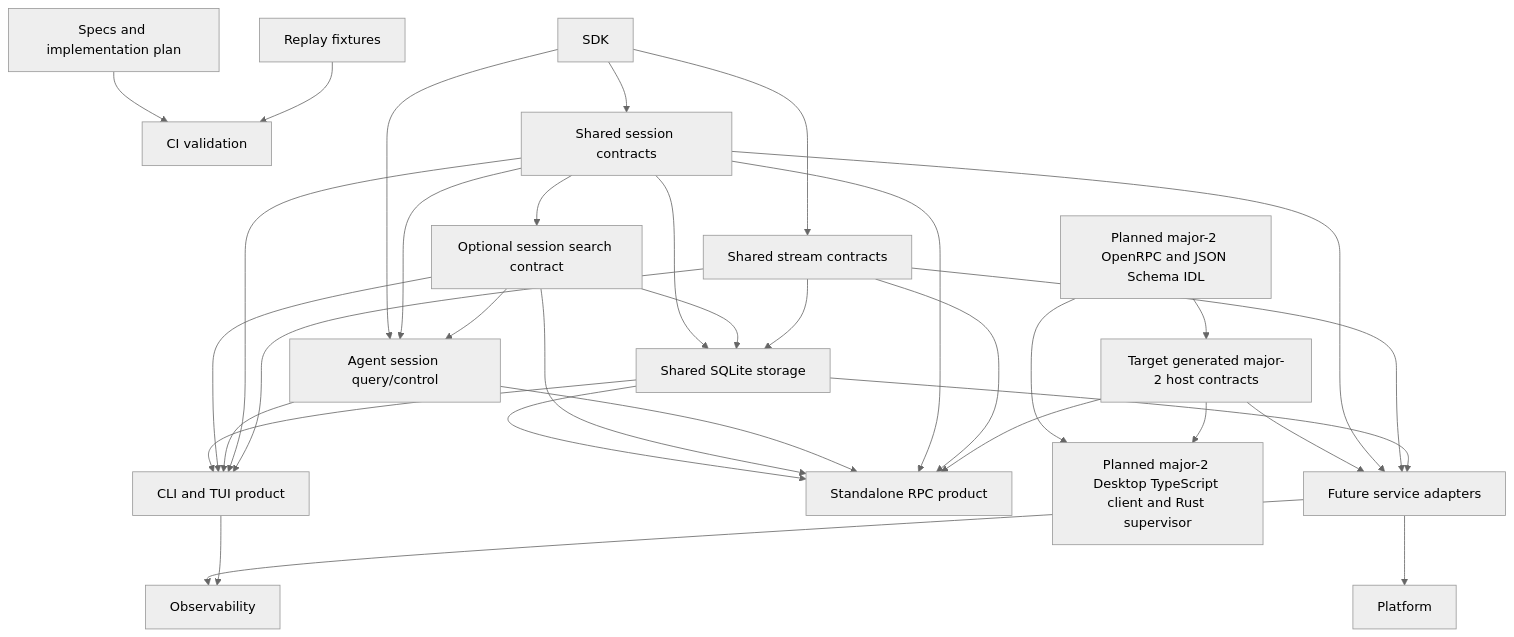
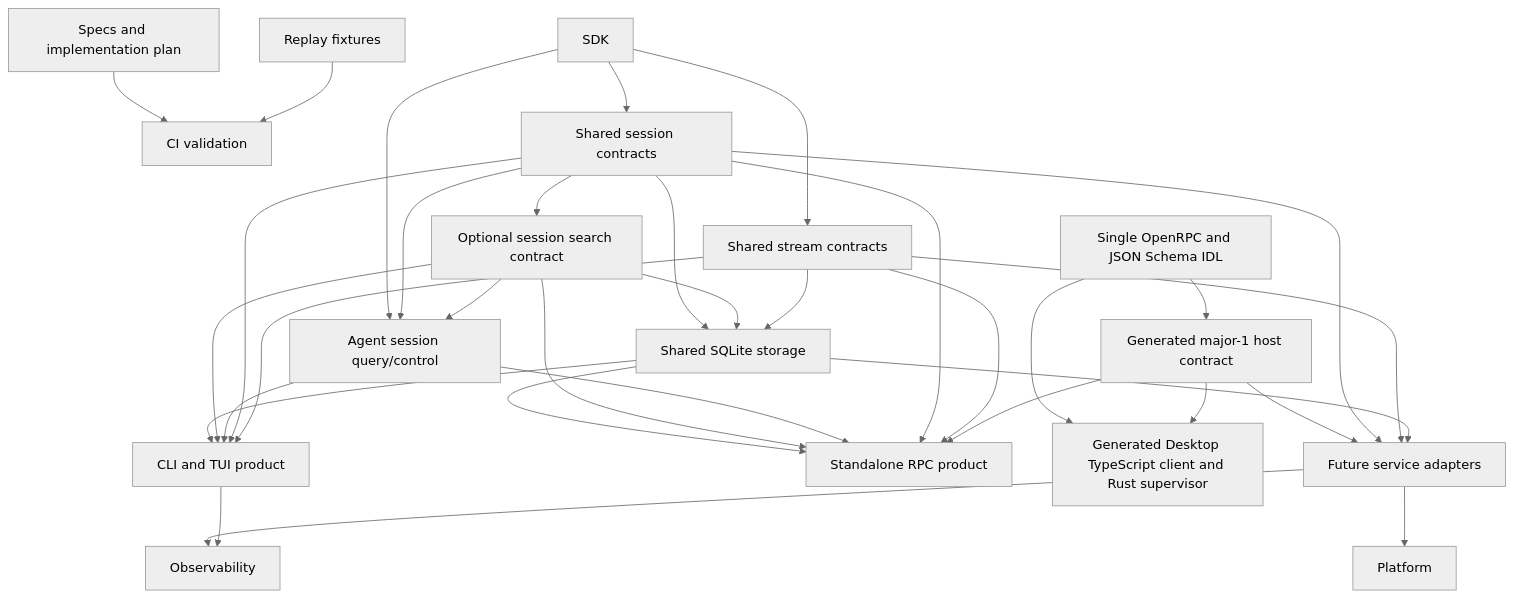
One commit to Wh1isper/starweaver changed the diagram in spec/ops/README.md. Above: the diagram before and after it, drawn with Mermaid (neutral theme). The commit also changed other lines of this file and 207 other files, not shown here.

First line of the commit message:
feat(rpc): adopt generated host protocol boundary

````diff
--- a/spec/ops/README.md
+++ b/spec/ops/README.md
@@ -26,53 +26,53 @@
 ```mermaid
 flowchart TD
     ci[CI validation]
     replay[Replay fixtures]
     specs[Specs and implementation plan]
     sdk[SDK]
     session[Shared session contracts]
     search[Optional session search contract]
     management[Agent session query/control]
     stream[Shared stream contracts]
     storage[Shared SQLite storage]
     cli[CLI and TUI product]
     rpc[Standalone RPC product]
-    hostidl[Planned major-2 OpenRPC and JSON Schema IDL]
-    hostrpc[Target generated major-2 host contracts]
-    desktop[Planned major-2 Desktop TypeScript client and Rust supervisor]
+    hostidl[Single OpenRPC and JSON Schema IDL]
+    hostrpc[Generated major-1 host contract]
+    desktop[Generated Desktop TypeScript client and Rust supervisor]
     service[Future service adapters]
     observability[Observability]
     platform[Platform]
 
     specs --> ci
     replay --> ci
     sdk --> session
     sdk --> management
     sdk --> stream
     session --> search
     session --> management
     search --> management
     session --> storage
     search --> storage
     stream --> storage
     storage --> cli
     search --> cli
     management --> cli
     session --> cli
     stream --> cli
     storage --> rpc
     search --> rpc
     management --> rpc
     session --> rpc
     stream --> rpc
     hostidl --> hostrpc
     hostrpc --> rpc
     hostidl --> desktop
     hostrpc --> desktop
     hostrpc --> service
     session --> service
     stream --> service
     storage --> service
     service --> observability
     cli --> observability
     service --> platform
 ```
````
